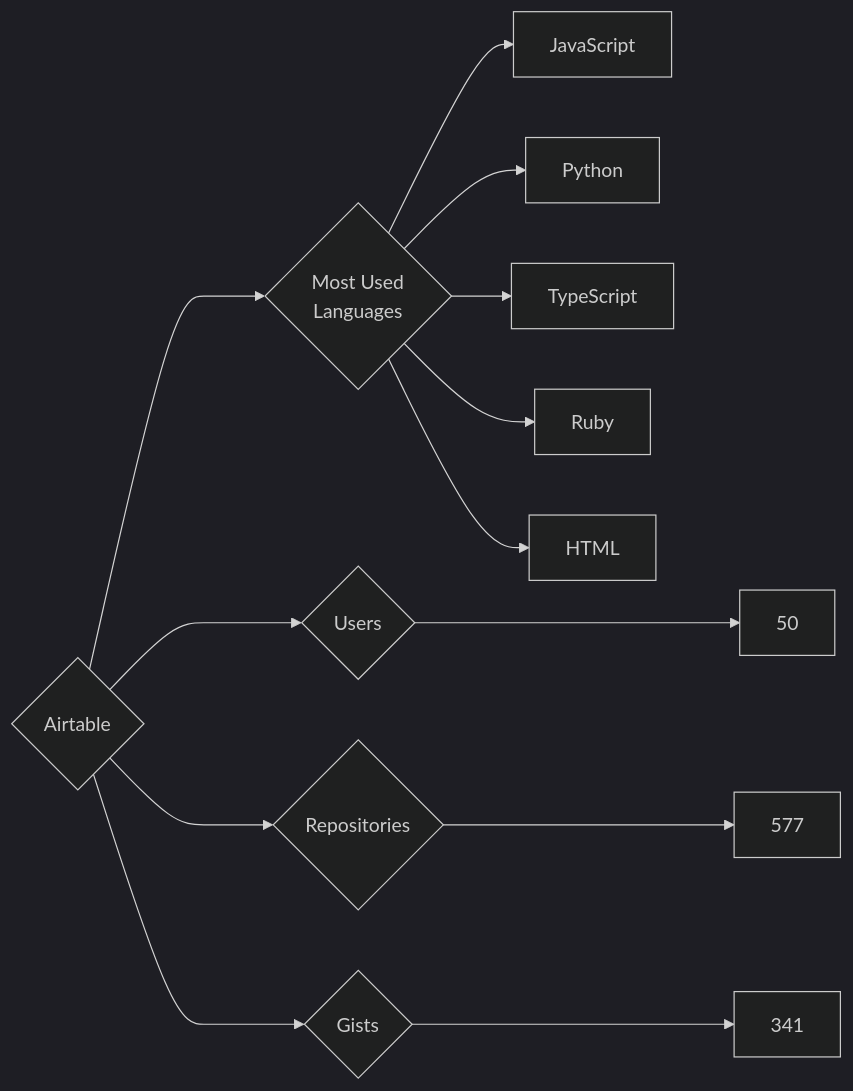
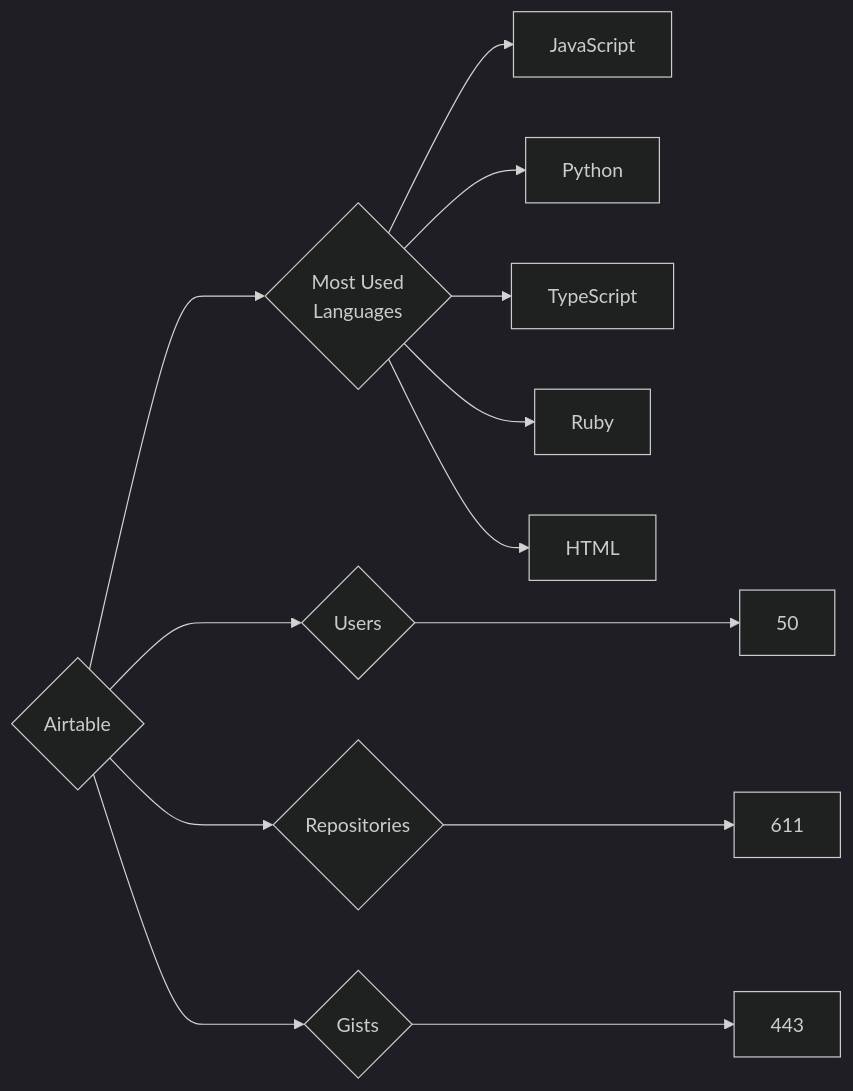
One commit to trickest/insiders changed the diagram in targets/Airtable/README.md. Above: the diagram before and after it, drawn with Mermaid (dark theme). The commit also changed 775 other files, not shown here.

````diff
--- a/targets/Airtable/README.md
+++ b/targets/Airtable/README.md
@@ -3,13 +3,13 @@
 ```mermaid
 graph LR
 COMPANY_NAME{Airtable}
 COMPANY_NAME ---> U{Users} ---> UN[50]
-COMPANY_NAME ---> R{Repositories} ---> RN[577]
-COMPANY_NAME ---> G{Gists} ---> GN[341]
+COMPANY_NAME ---> R{Repositories} ---> RN[611]
+COMPANY_NAME ---> G{Gists} ---> GN[443]
 COMPANY_NAME ---> ML{Most Used<br>Languages}
 ML --> JavaScript[JavaScript]
 ML --> Python[Python]
 ML --> TypeScript[TypeScript]
 ML --> Ruby[Ruby]
 ML --> HTML[HTML]
 ```
````
